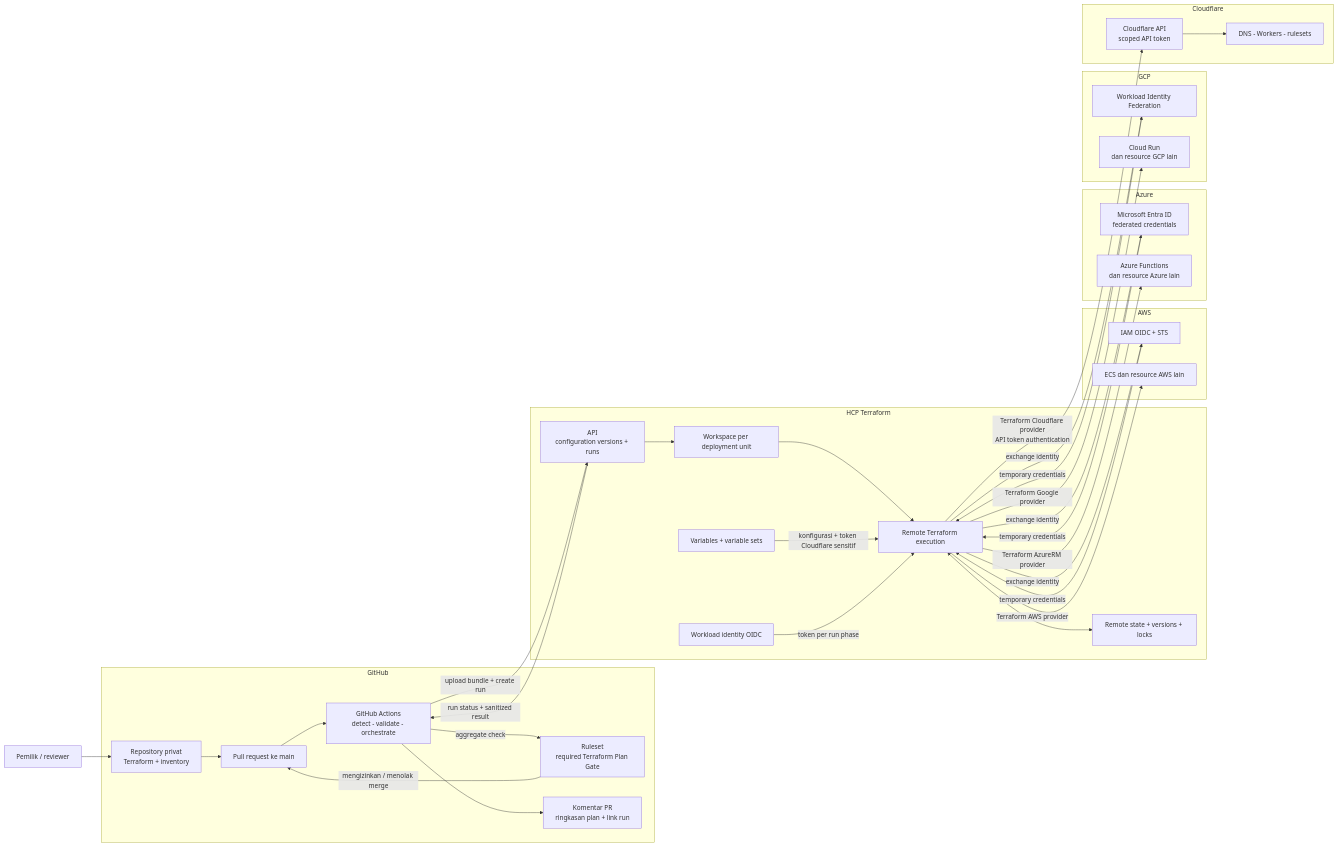
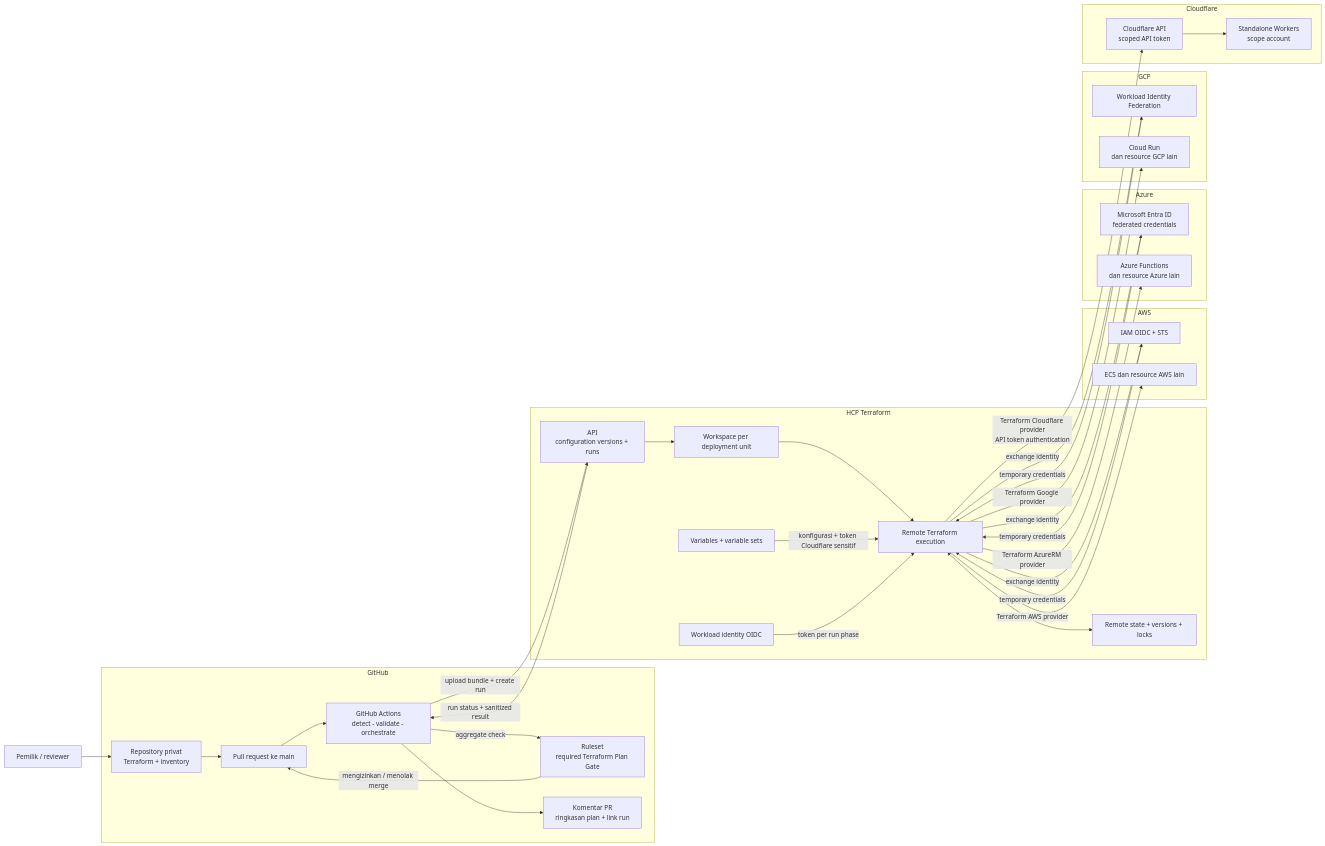
Before and after one commit to reiva5/reiva5.github.io: the first of 4 diagrams in projects/centralized-cloud-infrastructure/tdd.md, drawn with Mermaid. The commit also changed other lines of this file and 5 other files, not shown here.

First line of the commit message:
[Fix] Clarify Cloudflare Workers Scope in Iteration-1 TDD (#10)

````diff
--- a/projects/centralized-cloud-infrastructure/tdd.md
+++ b/projects/centralized-cloud-infrastructure/tdd.md
@@ -89,66 +91,66 @@
 ```mermaid
 flowchart LR
     Owner["Pemilik / reviewer"]
 
     subgraph GitHub["GitHub"]
         Repo["Repository privat<br/>Terraform + inventory"]
         PR["Pull request ke main"]
         Rules["Ruleset<br/>required Terraform Plan Gate"]
         Actions["GitHub Actions<br/>detect - validate - orchestrate"]
         Report["Komentar PR<br/>ringkasan plan + link run"]
     end
 
     subgraph HCP["HCP Terraform"]
         API["API<br/>configuration versions + runs"]
         WS["Workspace per deployment unit"]
         Runner["Remote Terraform execution"]
         State["Remote state + versions + locks"]
         Identity["Workload identity OIDC"]
         Vars["Variables + variable sets"]
     end
 
     subgraph AWS["AWS"]
         AWSIAM["IAM OIDC + STS"]
         ECS["ECS dan resource AWS lain"]
     end
 
     subgraph Azure["Azure"]
         Entra["Microsoft Entra ID<br/>federated credentials"]
         Functions["Azure Functions<br/>dan resource Azure lain"]
     end
 
     subgraph GCP["GCP"]
         WIF["Workload Identity Federation"]
         CloudRun["Cloud Run<br/>dan resource GCP lain"]
     end
 
     subgraph Cloudflare["Cloudflare"]
         CFAPI["Cloudflare API<br/>scoped API token"]
-        CFResources["DNS - Workers - rulesets"]
+        CFResources["Standalone Workers<br/>scope account"]
     end
 
     Owner --> Repo
     Repo --> PR
     PR --> Actions
     Actions -->|"upload bundle + create run"| API
     API --> WS
     WS --> Runner
     Vars -->|"konfigurasi + token Cloudflare sensitif"| Runner
     Runner <--> State
     Identity -->|"token per run phase"| Runner
     Runner -->|"exchange identity"| AWSIAM
     Runner -->|"exchange identity"| Entra
     Runner -->|"exchange identity"| WIF
     AWSIAM -->|"temporary credentials"| Runner
     Entra -->|"temporary credentials"| Runner
     WIF -->|"temporary credentials"| Runner
     Runner -->|"Terraform AWS provider"| ECS
     Runner -->|"Terraform AzureRM provider"| Functions
     Runner -->|"Terraform Google provider"| CloudRun
     Runner -->|"Terraform Cloudflare provider<br/>API token authentication"| CFAPI
     CFAPI --> CFResources
     API -->|"run status + sanitized result"| Actions
     Actions --> Report
     Actions -->|"aggregate check"| Rules
     Rules -->|"mengizinkan / menolak merge"| PR
 ```
````
